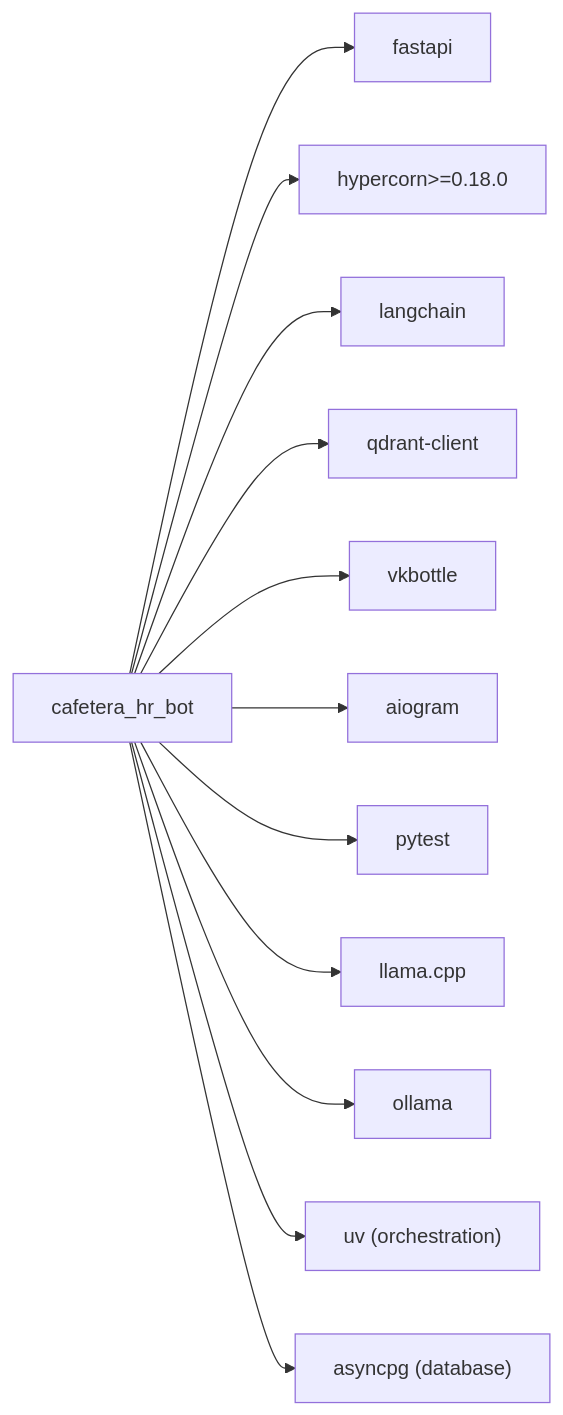
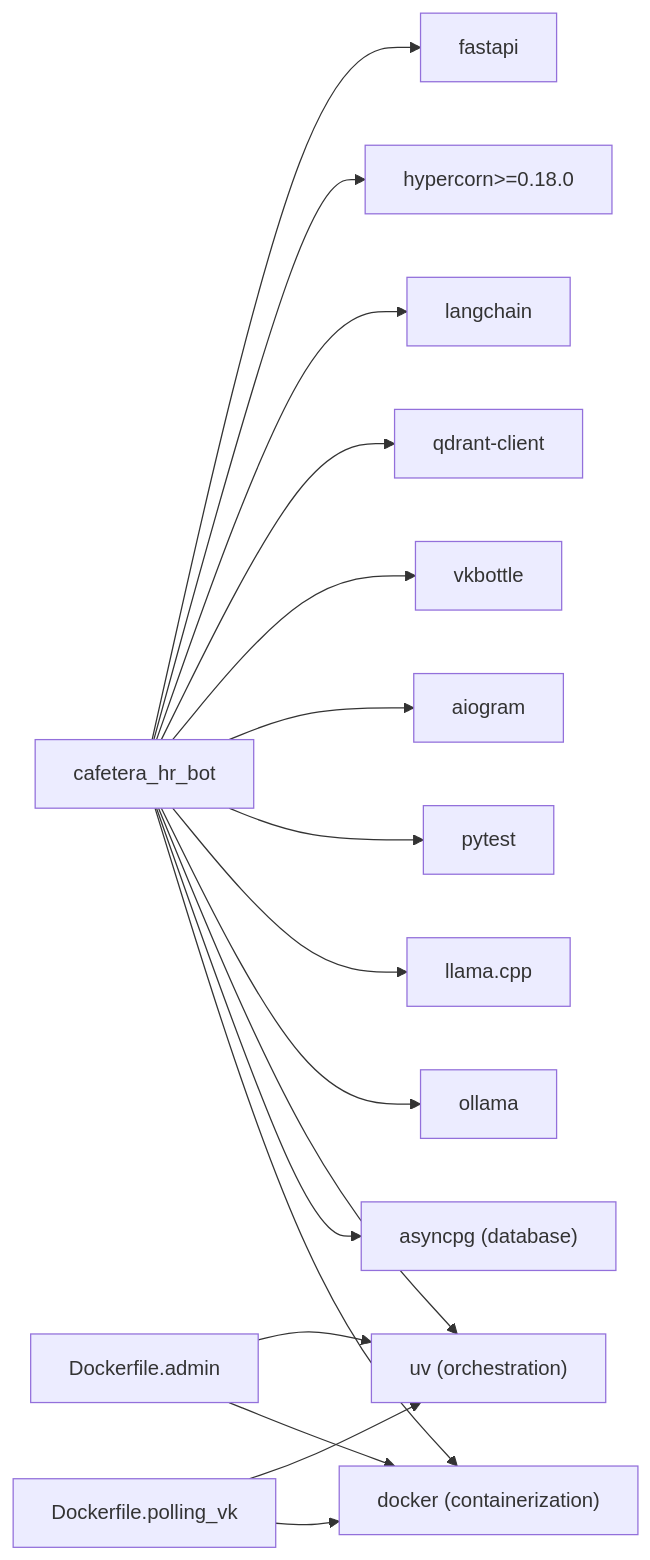
Diagram 16 of 17 in .qoder/repowiki/en/content/Deployment and Operations.md (ognelis/cafetera_hr_bot), drawn with Mermaid before and after one commit. The commit also changed other lines of this file and 10 other files, not shown here.

````diff
--- a/.qoder/repowiki/en/content/Deployment and Operations.md
+++ b/.qoder/repowiki/en/content/Deployment and Operations.md
@@ -671,26 +705,34 @@
 ```mermaid
 graph LR
 App["cafetera_hr_bot"]
 FastAPI["fastapi"]
 Hypercorn["hypercorn>=0.18.0"]
 LangChain["langchain"]
 QdrantClient["qdrant-client"]
 VK["vkbottle"]
 Telegram["aiogram"]
 Tests["pytest"]
 LlamaCpp["llama.cpp"]
 Ollama["ollama"]
 Uv["uv (orchestration)"]
 PostgreSQL["asyncpg (database)"]
+Docker["docker (containerization)"]
+AdminDocker["Dockerfile.admin"]
+VKDocker["Dockerfile.polling_vk"]
 App --> FastAPI
 App --> Hypercorn
 App --> LangChain
 App --> QdrantClient
 App --> VK
 App --> Telegram
 App --> Tests
 App --> LlamaCpp
 App --> Ollama
 App --> Uv
 App --> PostgreSQL
+App --> Docker
+AdminDocker --> Uv
+VKDocker --> Uv
+AdminDocker --> Docker
+VKDocker --> Docker
 ```
````
